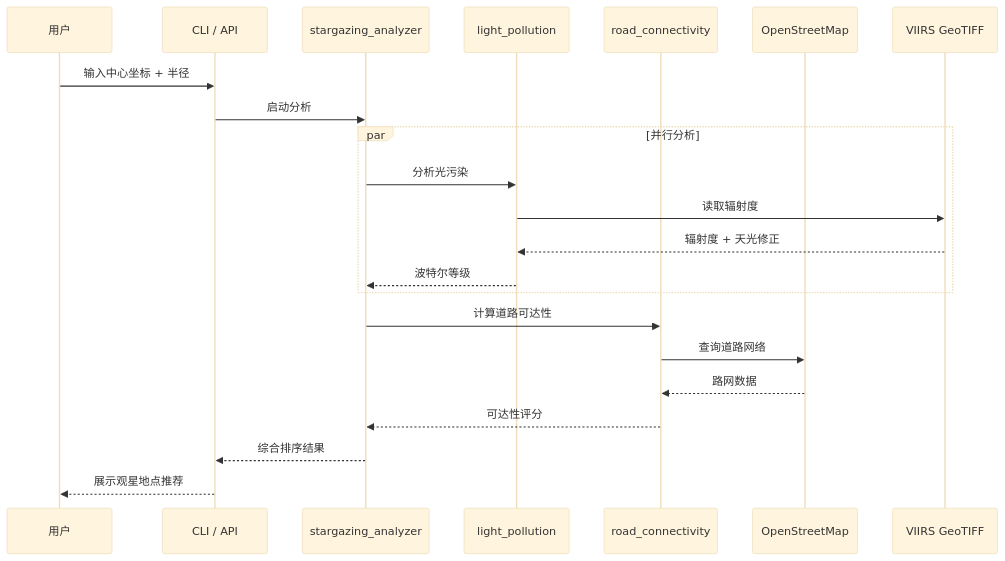
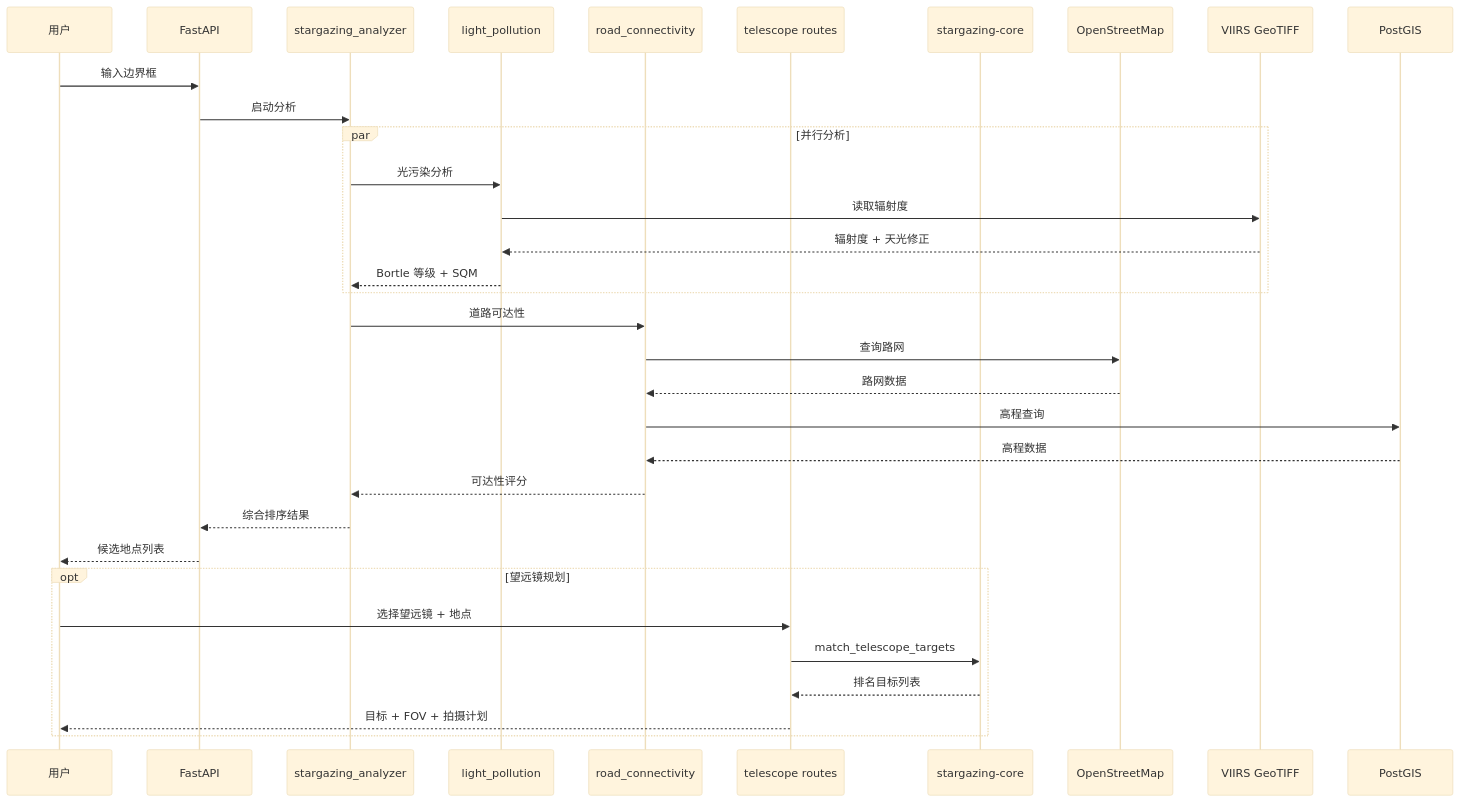
Before and after one commit to StarGazer1995/stargazing-place-finder: the second of 2 diagrams in README.md, drawn with Mermaid (base theme). The commit also changed other lines of this file and 3 other files, not shown here.

First line of the commit message:
docs: refresh all docs for FastAPI migration + stargazing-core PyPI dep (#84)

````diff
--- a/README.md
+++ b/README.md
@@ -166,28 +157,37 @@
 ```mermaid
 sequenceDiagram
     participant U as 用户
-    participant CLI as CLI / API
+    participant API as FastAPI
     participant SA as stargazing_analyzer
     participant LP as light_pollution
     participant RC as road_connectivity
+    participant TS as telescope routes
+    participant CORE as stargazing-core
     participant OSM as OpenStreetMap
     participant VIIRS as VIIRS GeoTIFF
+    participant PG as PostGIS
 
-    U->>CLI: 输入中心坐标 + 半径
-    CLI->>SA: 启动分析
-
+    U->>API: 输入边界框
+    API->>SA: 启动分析
     par 并行分析
-        SA->>LP: 分析光污染
+        SA->>LP: 光污染分析
         LP->>VIIRS: 读取辐射度
         VIIRS-->>LP: 辐射度 + 天光修正
-        LP-->>SA: 波特尔等级
+        LP-->>SA: Bortle 等级 + SQM
     end
+    SA->>RC: 道路可达性
+    RC->>OSM: 查询路网
+    OSM-->>RC: 路网数据
+    RC->>PG: 高程查询
+    PG-->>RC: 高程数据
+    RC-->>SA: 可达性评分
+    SA-->>API: 综合排序结果
+    API-->>U: 候选地点列表
 
-    SA->>RC: 计算道路可达性
-    RC->>OSM: 查询道路网络
-    OSM-->>RC: 路网数据
-    RC-->>SA: 可达性评分
-
-    SA-->>CLI: 综合排序结果
-    CLI-->>U: 展示观星地点推荐
+    opt 望远镜规划
+        U->>TS: 选择望远镜 + 地点
+        TS->>CORE: match_telescope_targets
+        CORE-->>TS: 排名目标列表
+        TS-->>U: 目标 + FOV + 拍摄计划
+    end
 ```
````
